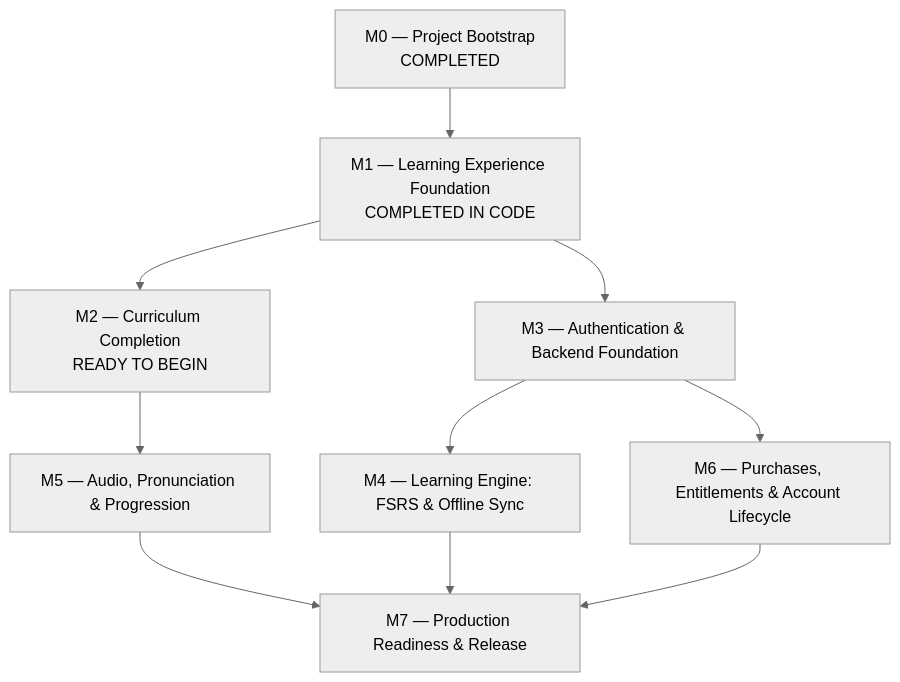
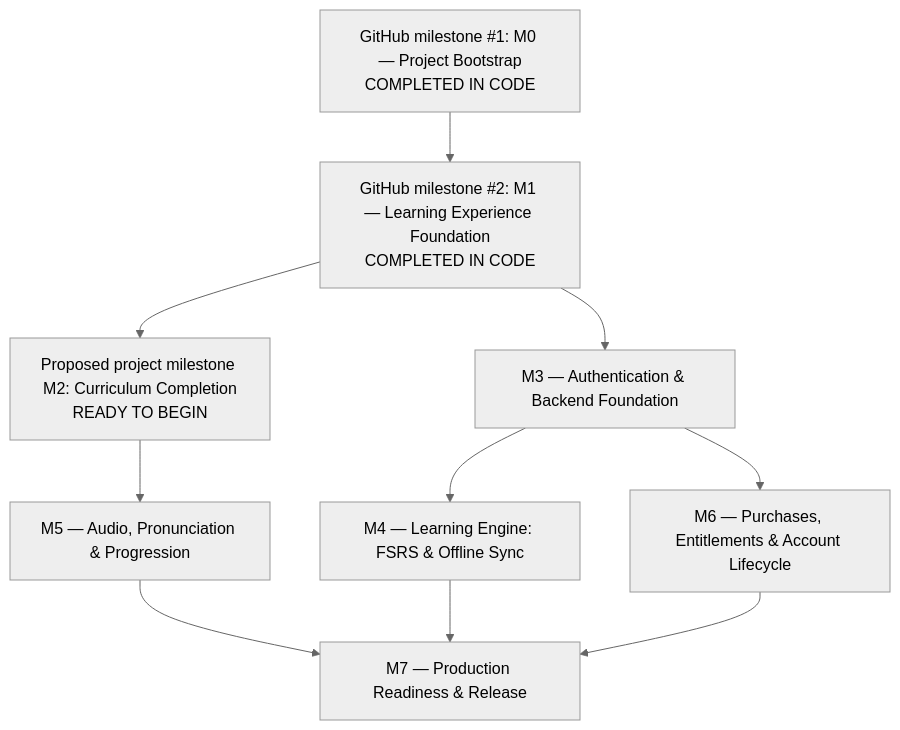
Before and after one commit to PadoSensei/bjj-lang: the diagram in docs/roadmap/PROPOSED_MILESTONES.md, drawn with Mermaid (neutral theme). The commit also changed other lines of this file and 1 other file, not shown here.

Commit message:
docs(roadmap): refine M1 audit and M2 readiness per review

````diff
--- a/docs/roadmap/PROPOSED_MILESTONES.md
+++ b/docs/roadmap/PROPOSED_MILESTONES.md
@@ -42,12 +47,12 @@
 ```mermaid
 graph TD
-    M0[M0 — Project Bootstrap<br>COMPLETED] --> M1[M1 — Learning Experience Foundation<br>COMPLETED IN CODE]
-    M1 --> M2[M2 — Curriculum Completion<br>READY TO BEGIN]
+    M0[GitHub milestone #1: M0 — Project Bootstrap<br>COMPLETED IN CODE] --> M1[GitHub milestone #2: M1 — Learning Experience Foundation<br>COMPLETED IN CODE]
+    M1 --> M2[Proposed project milestone M2: Curriculum Completion<br>READY TO BEGIN]
     M1 --> M3[M3 — Authentication & Backend Foundation]
     M2 --> M5[M5 — Audio, Pronunciation & Progression]
     M3 --> M4[M4 — Learning Engine: FSRS & Offline Sync]
     M3 --> M6[M6 — Purchases, Entitlements & Account Lifecycle]
     M4 --> M7[M7 — Production Readiness & Release]
     M5 --> M7
     M6 --> M7
 ```
````
